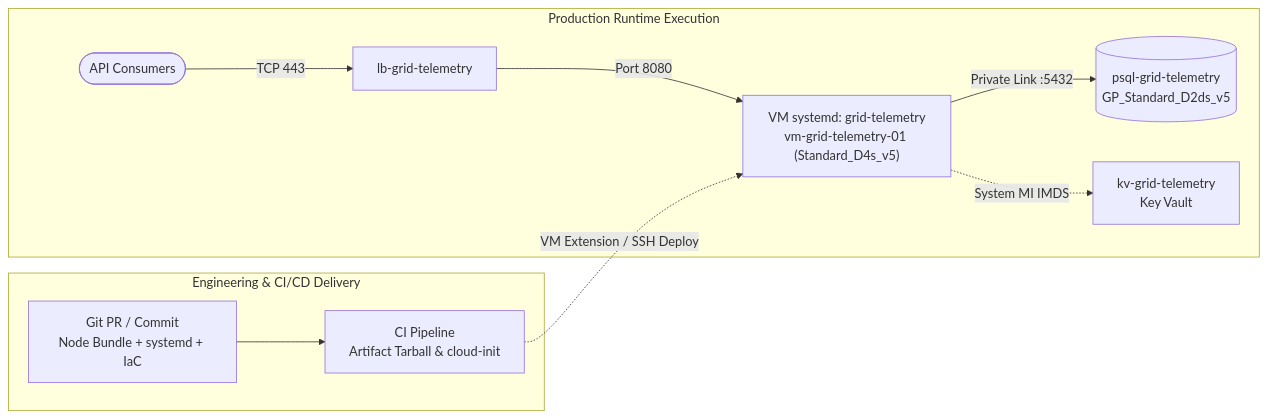
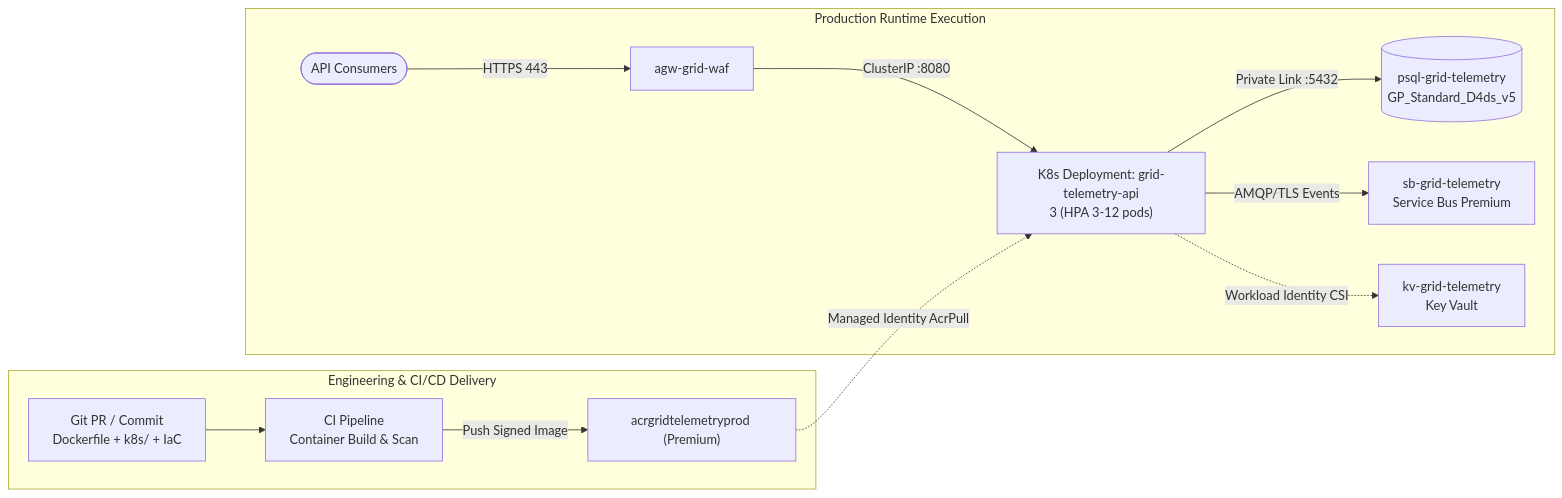
Before and after one commit to gitpavleenbali/dac-workload-modernization: the diagram in docs/architecture.md, drawn with Mermaid. The commit also changed other lines of this file and 11 other files, not shown here.

First line of the commit message:
feat: modernize Grid Telemetry from Azure VMs to Private AKS, ACR, App Gateway WAF & Service Bus

````diff
--- a/docs/architecture.md
+++ b/docs/architecture.md
@@ -6,19 +6,22 @@
 ```mermaid
 flowchart LR
   subgraph sg_cicd["Engineering & CI/CD Delivery"]
-    dev_commit["Git PR / Commit<br/>Node Bundle + systemd + IaC"]
-    ci_build["CI Pipeline<br/>Artifact Tarball & cloud-init"]
-    dev_commit --> ci_build
+    dev_commit["Git PR / Commit<br/>Dockerfile + k8s/ + IaC"]
+    ci_build["CI Pipeline<br/>Container Build & Scan"]
+    acr_reg["acrgridtelemetryprod (Premium)"]
+    dev_commit --> ci_build -->|"Push Signed Image"| acr_reg
   end
   subgraph sg_runtime["Production Runtime Execution"]
     api_caller(["API Consumers"])
-    rt_ingress["lb-grid-telemetry"]
-    rt_compute["VM systemd: grid-telemetry<br/>vm-grid-telemetry-01 (Standard_D4s_v5)"]
-    api_caller -->|"TCP 443"| rt_ingress -->|"Port 8080"| rt_compute
-    ci_build -.->|"VM Extension / SSH Deploy"| rt_compute
-    rt_db[("psql-grid-telemetry<br/>GP_Standard_D2ds_v5")]
+    rt_ingress["agw-grid-waf"]
+    rt_compute["K8s Deployment: grid-telemetry-api<br/>3 (HPA 3-12 pods)"]
+    api_caller -->|"HTTPS 443"| rt_ingress -->|"ClusterIP :8080"| rt_compute
+    acr_reg -.->|"Managed Identity AcrPull"| rt_compute
+    rt_db[("psql-grid-telemetry<br/>GP_Standard_D4ds_v5")]
     rt_compute -->|"Private Link :5432"| rt_db
+    rt_sb["sb-grid-telemetry<br/>Service Bus Premium"]
+    rt_compute -->|"AMQP/TLS Events"| rt_sb
     rt_kv["kv-grid-telemetry<br/>Key Vault"]
-    rt_compute -.->|"System MI IMDS"| rt_kv
+    rt_compute -.->|"Workload Identity CSI"| rt_kv
   end
 ```
````
